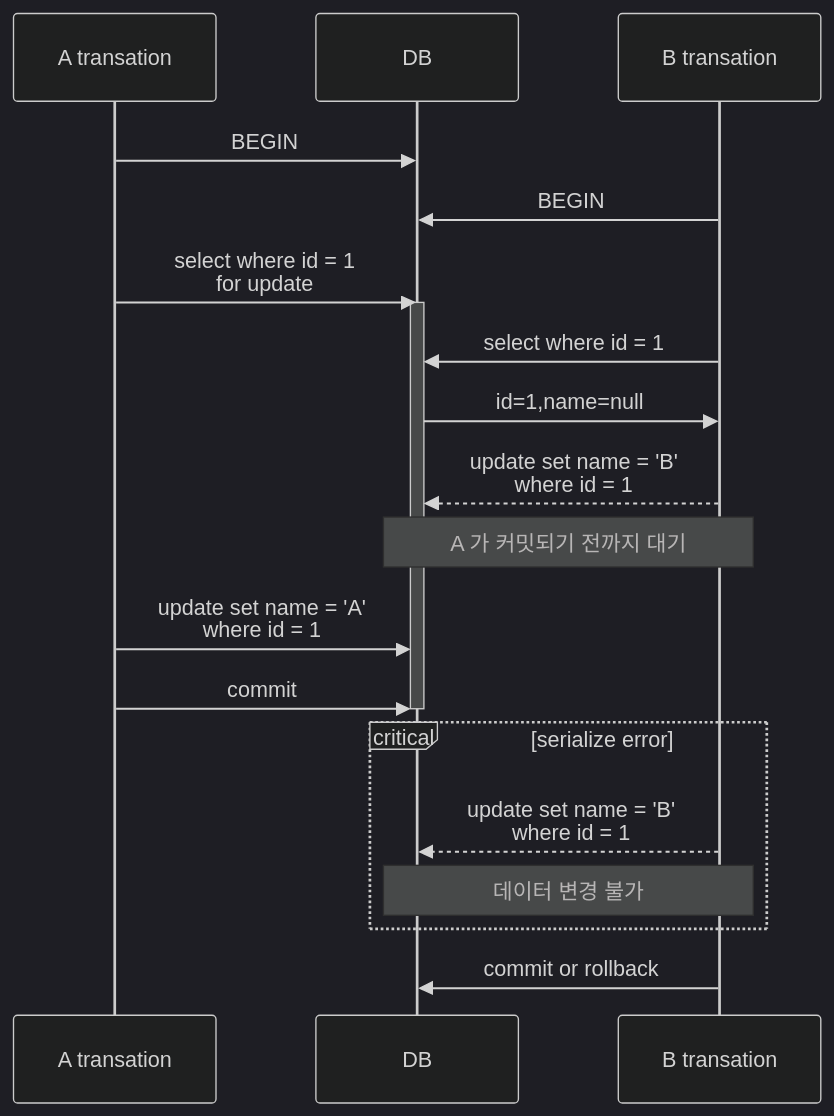
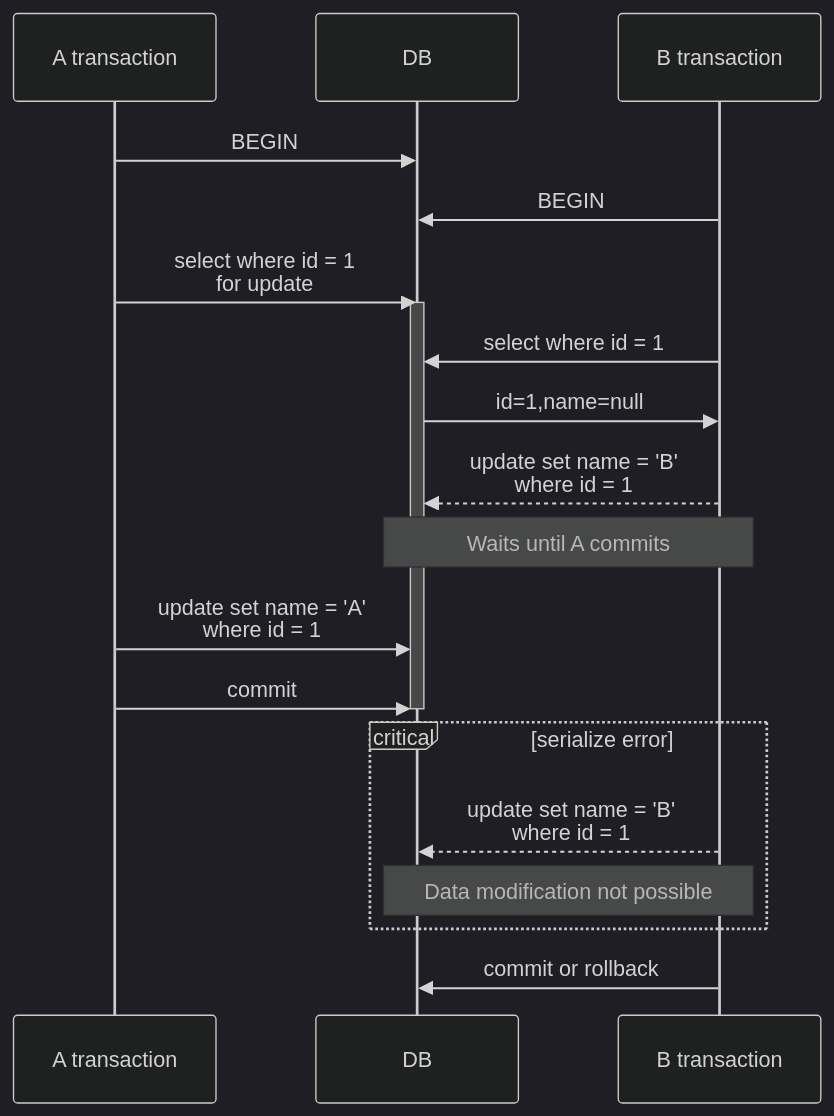
Before and after one commit to songkg7/songkg7.github.io: the second of 4 diagrams in i18n/en/docusaurus-plugin-content-blog/2024-04-20/select-for-update-in-PostgreSQL.md, drawn with Mermaid (dark theme). The commit also changed other lines of this file, not shown here.

````diff
--- a/i18n/en/docusaurus-plugin-content-blog/2024-04-20/select-for-update-in-PostgreSQL.md
+++ b/i18n/en/docusaurus-plugin-content-blog/2024-04-20/select-for-update-in-PostgreSQL.md
@@ -89,22 +91,22 @@
 ```mermaid
 sequenceDiagram
-    participant A as A transation
+    participant A as A transaction
     participant DB
-    participant B as B transation
+    participant B as B transaction
     A->>DB: BEGIN
     B->>DB: BEGIN
     A->>DB: select where id = 1<br/>for update
     activate DB
     B->>DB: select where id = 1
     DB->>B: id=1,name=null
     B-->>DB: update set name = 'B'<br/>where id = 1
-    Note over B,DB: A 가 커밋되기 전까지 대기
+    Note over B,DB: Waits until A commits
     A->>DB: update set name = 'A'<br/>where id = 1
     A->>DB: commit
     deactivate DB
     critical serialize error
         B-->>DB: update set name = 'B'<br/>where id = 1
-        Note over B,DB: 데이터 변경 불가
+        Note over B,DB: Data modification not possible
     end
     B->>DB: commit or rollback
 ```
````
